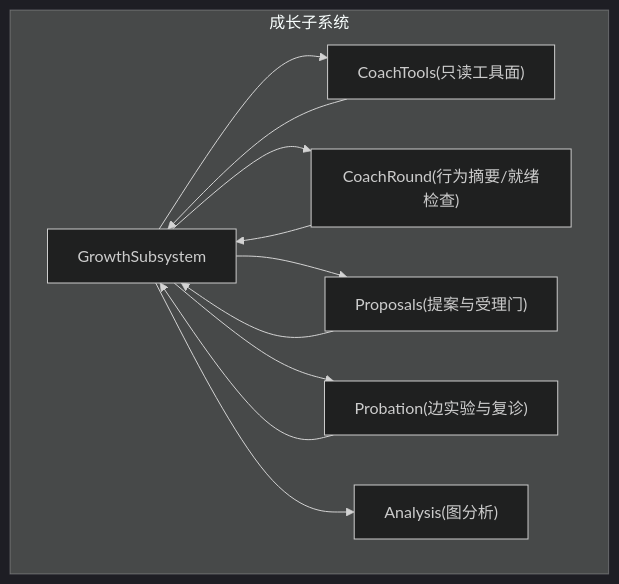
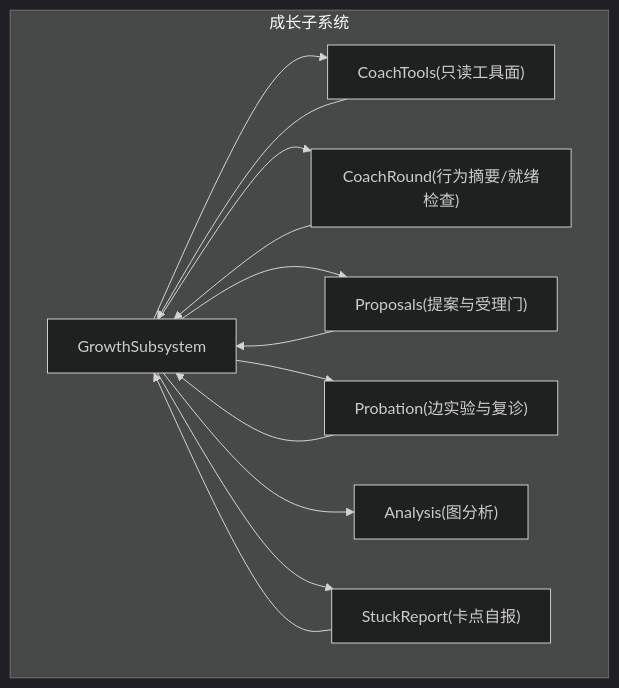
One commit to maozhijie/learnhub-plugin changed the first of 9 diagrams in .qoder/repowiki/zh/content/引擎核心/子系统架构/成长子系统.md. Above: the diagram before and after it, drawn with Mermaid (dark theme). The commit also changed other lines of this file and 8 other files, not shown here.

````diff
--- a/.qoder/repowiki/zh/content/引擎核心/子系统架构/成长子系统.md
+++ b/.qoder/repowiki/zh/content/引擎核心/子系统架构/成长子系统.md
@@ -45,20 +60,23 @@
 ```mermaid
 graph TB
 subgraph "成长子系统"
 GS["GrowthSubsystem"]
 CT["CoachTools(只读工具面)"]
 AN["Analysis(图分析)"]
 PR["Proposals(提案与受理门)"]
 PB["Probation(边实验与复诊)"]
 CR["CoachRound(行为摘要/就绪检查)"]
+SR["StuckReport(卡点自报)"]
 end
 GS --> CT
 GS --> CR
 GS --> PR
 GS --> PB
 GS --> AN
+GS --> SR
 CT --> GS
 PR --> GS
 PB --> GS
 CR --> GS
+SR --> GS
 ```
````
